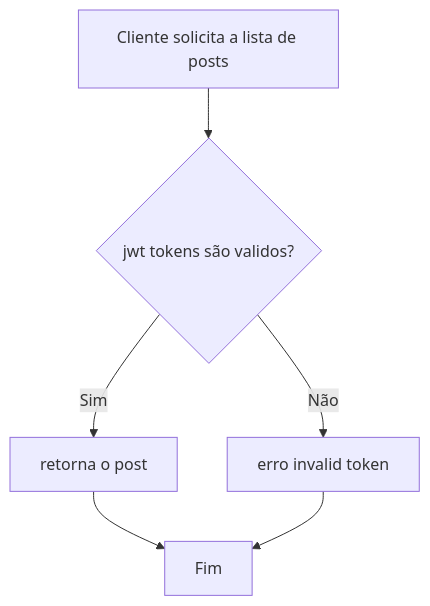
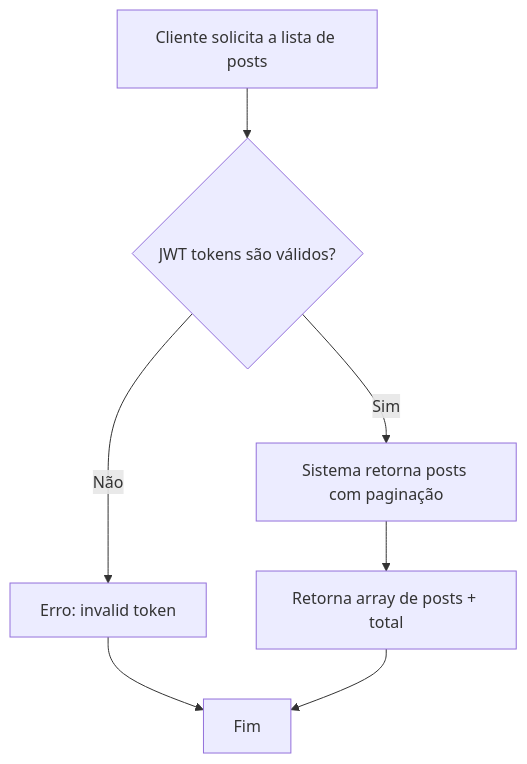
One commit to GabrHenr/BackEnd-TechPostSystem changed the fourth of 9 diagrams in readme.md. Above: the diagram before and after it, drawn with Mermaid. The commit also changed other lines of this file and 6 other files, not shown here.

````diff
--- a/readme.md
+++ b/readme.md
@@ -130,8 +235,9 @@
- ```mermaid
+```mermaid
 flowchart TD
-    A[Cliente solicita a lista de posts] --> B{jwt tokens são validos?}
-    B -->|Sim| C[retorna o post]
-    B -->|Não| D[erro invalid token]
-    C --> E[Fim]
-    D --> E
+    A[Cliente solicita a lista de posts] --> B{JWT tokens são válidos?}
+    B -->|Sim| C[Sistema retorna posts com paginação]
+    B -->|Não| D[Erro: invalid token]
+    C --> E[Retorna array de posts + total]
+    D --> F[Fim]
+    E --> F
 ```
````
